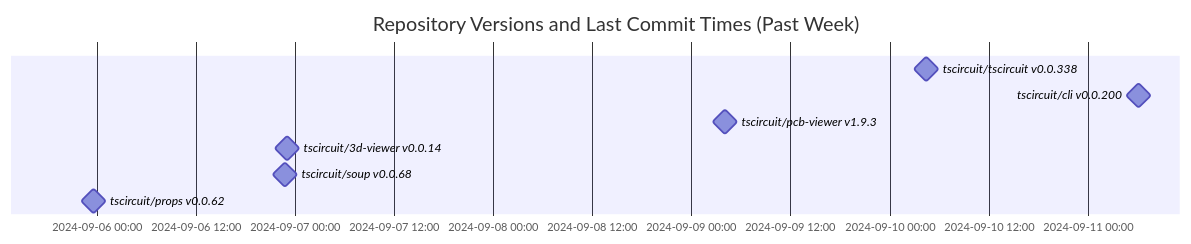
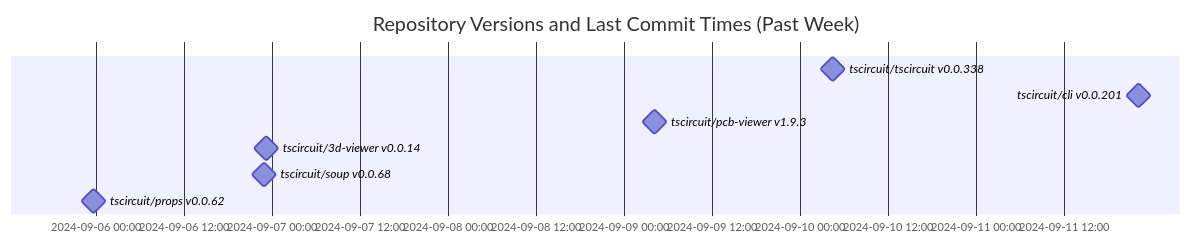
Before and after one commit to tscircuit/version-tracker: the diagram in README.md, drawn with Mermaid.

Commit message:
Update chart

````diff
--- a/README.md
+++ b/README.md
@@ -1,13 +1,13 @@
 ```mermaid
 gantt
   dateFormat  YYYY-MM-DD HH:mm:ss
   title Repository Versions and Last Commit Times (Past Week)
   axisFormat %Y-%m-%d %H:%M
 
   tscircuit/tscircuit v0.0.338 : milestone, 2024-09-10 04:23:10, 1s
-  tscircuit/cli v0.0.200 : milestone, 2024-09-11 06:09:02, 1s
+  tscircuit/cli v0.0.201 : milestone, 2024-09-11 22:08:08, 1s
   tscircuit/pcb-viewer v1.9.3 : milestone, 2024-09-09 04:08:34, 1s
   tscircuit/3d-viewer v0.0.14 : milestone, 2024-09-06 23:07:26, 1s
   tscircuit/soup v0.0.68 : milestone, 2024-09-06 22:51:33, 1s
   tscircuit/props v0.0.62 : milestone, 2024-09-05 23:38:33, 1s
 ```
````
